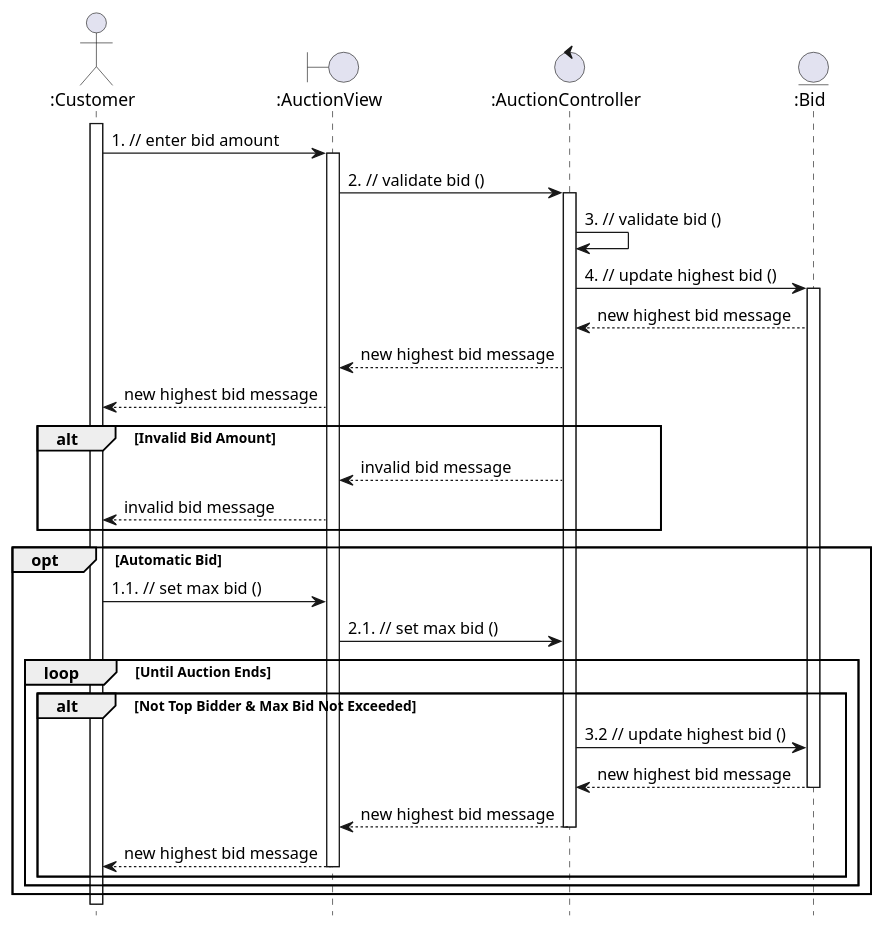
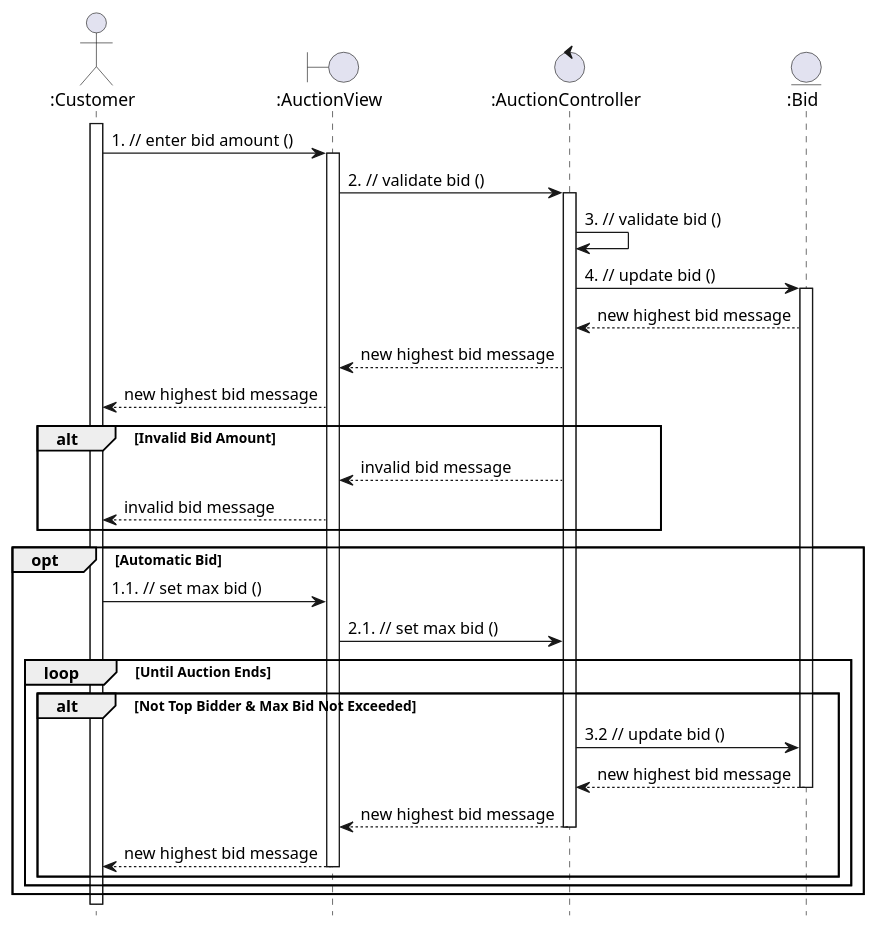
Before and after one commit to anhbanlinhle/velocity-exchange: the diagram in uml/analysis/sequence/place_bid.pu, drawn with PlantUML. The commit also changed 5 other files, not shown here.

Commit message:
doc[lynn]: fix analysis sequences

```diff
--- a/uml/analysis/sequence/place_bid.pu
+++ b/uml/analysis/sequence/place_bid.pu
@@ -1,43 +1,43 @@
 @startuml
 hide footbox
 
 
 actor ":Customer" as Customer
 boundary ":AuctionView" as AuctionView
 control ":AuctionController" as AuctionController
 entity ":Bid" as Bid
 Customer ++
-  Customer -> AuctionView : 1. // enter bid amount
+  Customer -> AuctionView : 1. // enter bid amount ()
   activate AuctionView
     AuctionView -> AuctionController : 2. // validate bid ()
     activate AuctionController
       AuctionController -> AuctionController : 3. // validate bid ()
-      AuctionController -> Bid : 4. // update highest bid ()
+      AuctionController -> Bid : 4. // update bid ()
       activate Bid
         Bid --> AuctionController : new highest bid message
 
       AuctionController --> AuctionView : new highest bid message
     AuctionView --> Customer : new highest bid message
 
 alt Invalid Bid Amount
   AuctionController --> AuctionView : invalid bid message
     AuctionView --> Customer : invalid bid message
 end
 
 opt Automatic Bid
     Customer -> AuctionView : 1.1. // set max bid ()
       AuctionView -> AuctionController : 2.1. // set max bid ()
     loop Until Auction Ends
       alt Not Top Bidder & Max Bid Not Exceeded
-        AuctionController -> Bid : 3.2 // update highest bid ()
+        AuctionController -> Bid : 3.2 // update bid ()
           Bid --> AuctionController : new highest bid message
         deactivate Bid
           AuctionController --> AuctionView : new highest bid message
         deactivate AuctionController
           AuctionView --> Customer : new highest bid message
         deactivate AuctionView
       end
     end
 end
 
 @enduml
```
